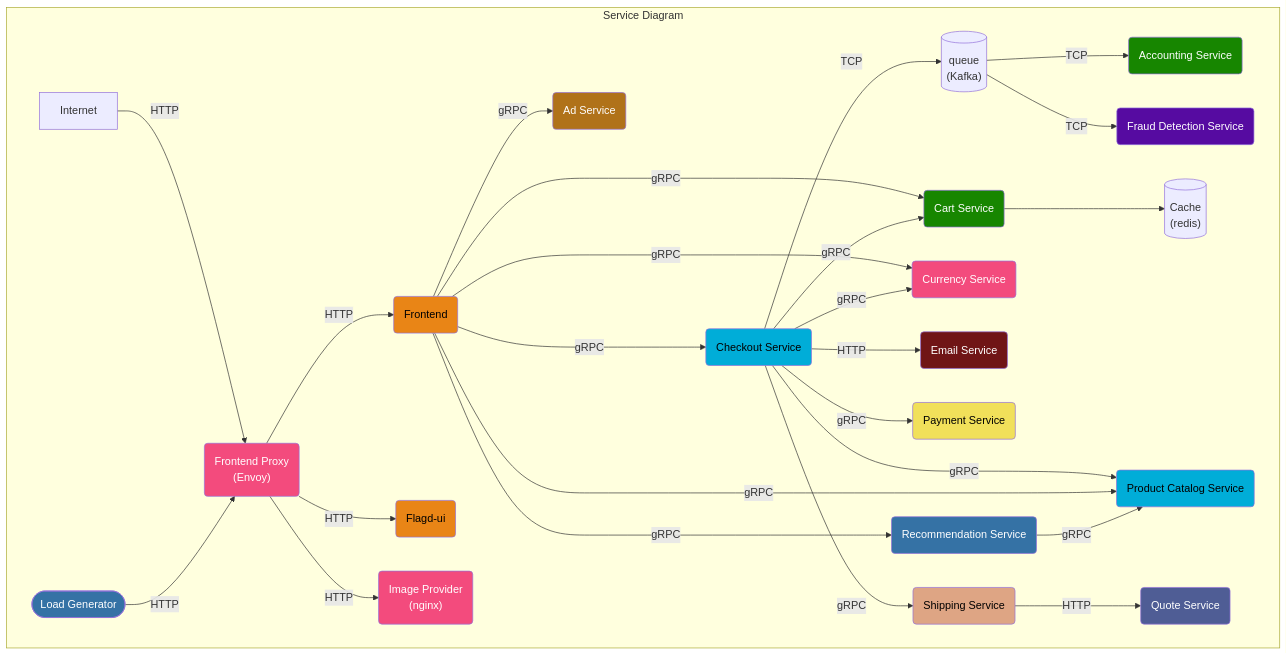
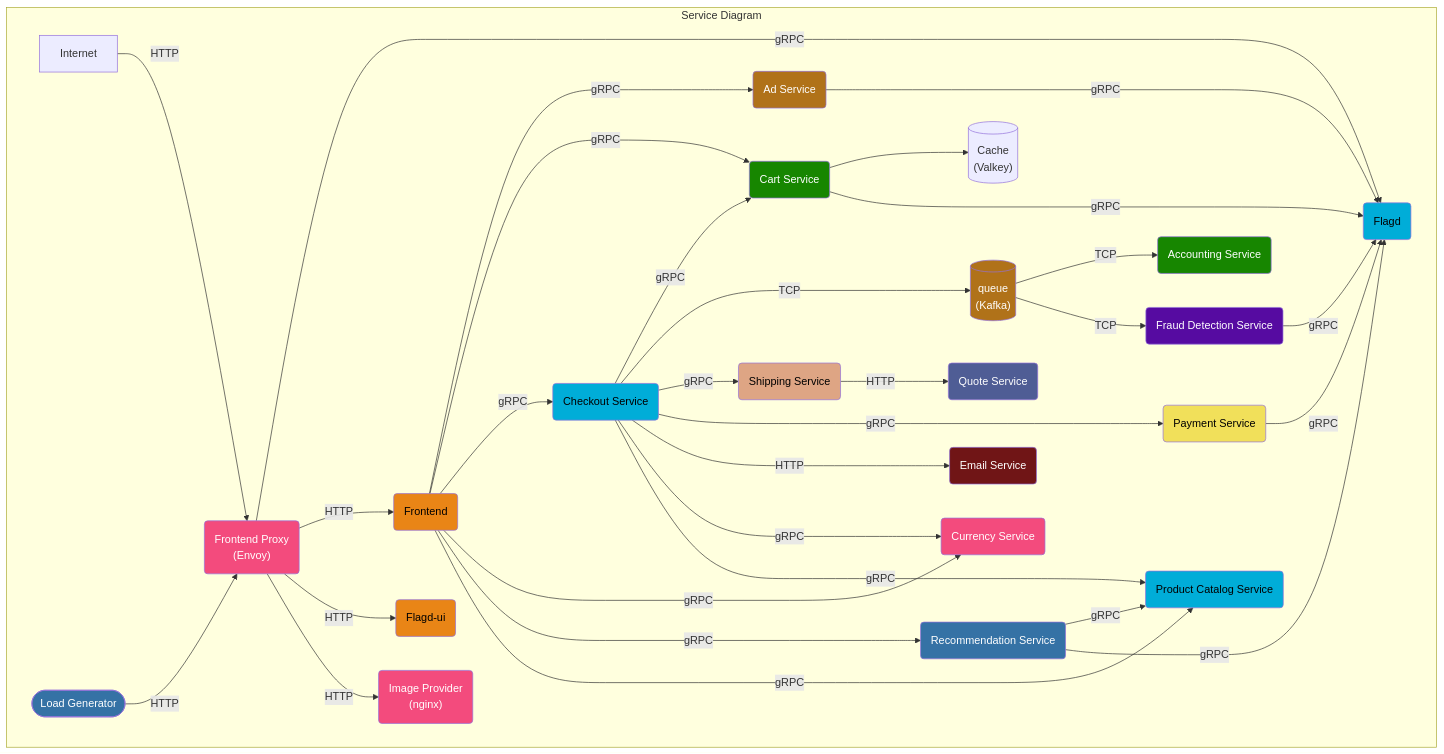
The first of 3 diagrams in content/en/docs/demo/architecture.md (open-telemetry/opentelemetry.io), drawn with Mermaid before and after one commit. The commit also changed other lines of this file, not shown here.

Commit message:
[Demo] Update diagram (#5678)

````diff
--- a/content/en/docs/demo/architecture.md
+++ b/content/en/docs/demo/architecture.md
@@ -12,65 +12,78 @@
 ```mermaid
 graph TD
 subgraph Service Diagram
 accountingservice(Accounting Service):::dotnet
 adservice(Ad Service):::java
-cache[(Cache<br/>&#40redis&#41)]
+cache[(Cache<br/>&#40Valkey&#41)]
 cartservice(Cart Service):::dotnet
 checkoutservice(Checkout Service):::golang
 currencyservice(Currency Service):::cpp
 emailservice(Email Service):::ruby
-flagd(Flagd-ui):::typescript
+flagd(Flagd):::golang
+flagdui(Flagd-ui):::typescript
 frauddetectionservice(Fraud Detection Service):::kotlin
 frontend(Frontend):::typescript
 frontendproxy(Frontend Proxy <br/>&#40Envoy&#41):::cpp
 imageprovider(Image Provider <br/>&#40nginx&#41):::cpp
 loadgenerator([Load Generator]):::python
 paymentservice(Payment Service):::javascript
 productcatalogservice(Product Catalog Service):::golang
 quoteservice(Quote Service):::php
 recommendationservice(Recommendation Service):::python
 shippingservice(Shipping Service):::rust
-queue[(queue<br/>&#40Kafka&#41)]
+queue[(queue<br/>&#40Kafka&#41)]:::java
+
+adservice ---->|gRPC| flagd
+
+checkoutservice -->|gRPC| cartservice
+checkoutservice --->|TCP| queue
+cartservice --> cache
+cartservice -->|gRPC| flagd
+
+checkoutservice -->|gRPC| shippingservice
+checkoutservice -->|gRPC| paymentservice
+checkoutservice --->|HTTP| emailservice
+checkoutservice -->|gRPC| currencyservice
+checkoutservice -->|gRPC| productcatalogservice
+
+frauddetectionservice -->|gRPC| flagd
+
+frontend -->|gRPC| adservice
+frontend -->|gRPC| cartservice
+frontend -->|gRPC| checkoutservice
+frontend ---->|gRPC| currencyservice
+frontend ---->|gRPC| recommendationservice
+frontend -->|gRPC| productcatalogservice
+
+frontendproxy -->|gRPC| flagd
+frontendproxy -->|HTTP| frontend
+frontendproxy -->|HTTP| flagdui
+frontendproxy -->|HTTP| imageprovider
 
 Internet -->|HTTP| frontendproxy
-frontendproxy -->|HTTP| frontend
-frontendproxy -->|HTTP| flagd
+
 loadgenerator -->|HTTP| frontendproxy
-frontendproxy -->|HTTP| imageprovider
+
+paymentservice -->|gRPC| flagd
 
 queue -->|TCP| accountingservice
 queue -->|TCP| frauddetectionservice
 
-frontend -->|gRPC| cartservice
-frontend -->|gRPC| currencyservice
-
-checkoutservice -->|gRPC| cartservice --> cache
-checkoutservice -->|gRPC| productcatalogservice
-checkoutservice -->|gRPC| currencyservice
-checkoutservice -->|HTTP| emailservice
-checkoutservice -->|gRPC| paymentservice
-checkoutservice -->|gRPC| shippingservice
-checkoutservice -->|TCP| queue
-
-frontend -->|gRPC| adservice
-frontend -->|gRPC| productcatalogservice
-frontend --->|gRPC| checkoutservice
-frontend ---->|gRPC| recommendationservice -->|gRPC| productcatalogservice
+recommendationservice -->|gRPC| productcatalogservice
+recommendationservice -->|gRPC| flagd
 
 shippingservice -->|HTTP| quoteservice
-
 end
 
 classDef dotnet fill:#178600,color:white;
 classDef cpp fill:#f34b7d,color:white;
-classDef erlang fill:#b83998,color:white;
 classDef golang fill:#00add8,color:black;
 classDef java fill:#b07219,color:white;
 classDef javascript fill:#f1e05a,color:black;
 classDef kotlin fill:#560ba1,color:white;
 classDef php fill:#4f5d95,color:white;
 classDef python fill:#3572A5,color:white;
 classDef ruby fill:#701516,color:white;
 classDef rust fill:#dea584,color:black;
 classDef typescript fill:#e98516,color:black;
 ```
````
